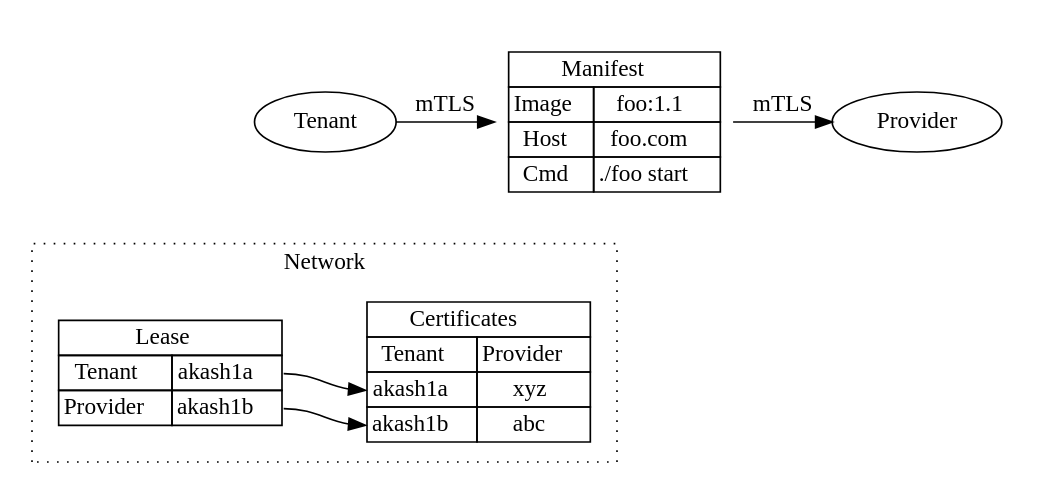
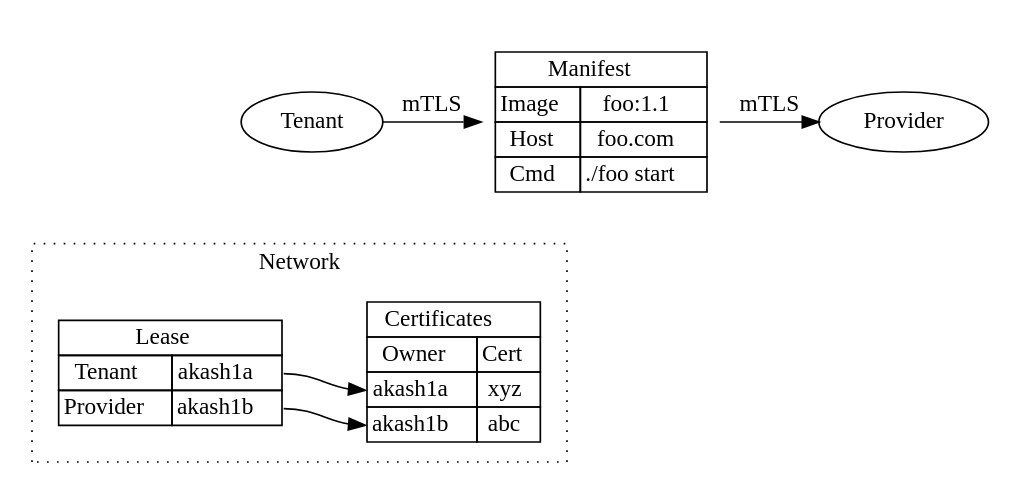
The diagram in dot/platform-flow-1.dot (ovrclk/eng-talk), drawn with Graphviz before and after one commit. The commit also changed 3 other files, not shown here.

Commit message:
img/platform-flow: fix field names

```diff
--- a/dot/platform-flow-1.dot
+++ b/dot/platform-flow-1.dot
@@ -1,68 +1,68 @@
 digraph G {
 
   subgraph cluster_N {
     label="Network";
     graph[style=dotted];
 
     node[shape=plaintext];
     n_lease [label=<
       <TABLE BORDER="0" CELLBORDER="1" CELLSPACING="0"> <TR>
         <TD COLSPAN="2">Lease</TD>
       </TR><TR>
         <TD>Tenant</TD><TD PORT="l1">akash1a</TD>
       </TR><TR>
         <TD>Provider</TD><TD PORT="l2">akash1b</TD>
       </TR></TABLE>
     >];
     n_cert [label=<
       <TABLE BORDER="0" CELLBORDER="1" CELLSPACING="0"> <TR>
         <TD COLSPAN="2">Certificates</TD>
       </TR><TR>
-        <TD>Tenant</TD><TD>Provider</TD>
+        <TD>Owner</TD><TD>Cert</TD>
       </TR><TR>
         <TD PORT="o1">akash1a</TD><TD PORT="c1">xyz</TD>
       </TR><TR>
         <TD PORT="o2">akash1b</TD><TD PORT="c2">abc</TD>
       </TR></TABLE>
     >];
 
     n_lease:l1 -> n_cert:o1;
     n_lease:l2 -> n_cert:o2;
 
     {
       rank=same;
       n_cert n_lease
     }
   }
 
   subgraph cluster_X {
     style=invis;
 
     n_manifest[shape=plaintext label=<
       <TABLE BORDER="0" CELLBORDER="1" CELLSPACING="0"> <TR>
         <TD COLSPAN="2">Manifest</TD>
       </TR><TR>
         <TD>Image</TD><TD>foo:1.1</TD>
       </TR><TR>
         <TD>Host</TD><TD>foo.com</TD>
       </TR><TR>
         <TD>Cmd</TD><TD>./foo start</TD>
       </TR></TABLE>
      >];
 
 
     n_tenant    [label="Tenant"];
     n_provider1 [label="Provider"];
 
     {
       rank=min;
       n_manifest n_tenant n_provider1
     }
 
     n_tenant -> n_manifest -> n_provider1 [label="mTLS"];
   }
 
   n_provider1 -> n_cert:c1 [style=dashed label="" style=invis];
   n_tenant    -> n_cert:c2 [style=dashed label="" style=invis];
 
 }
```
